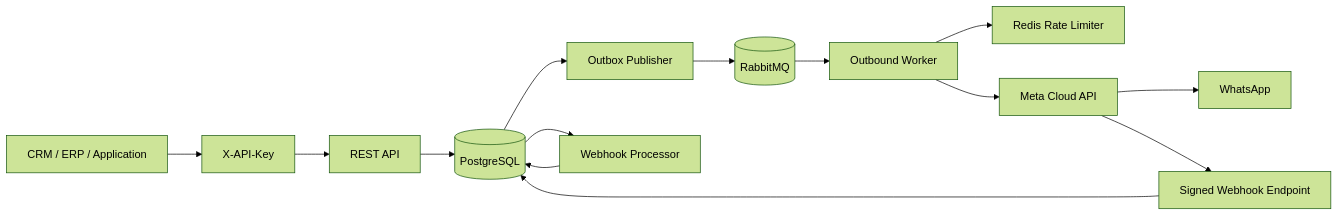
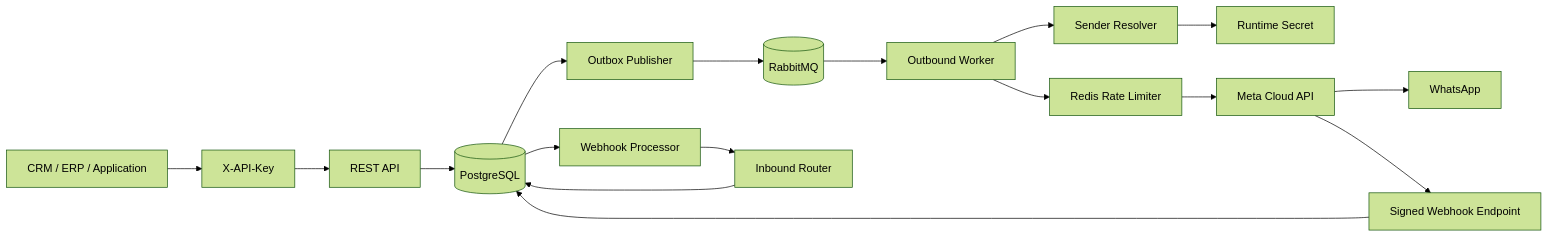
One commit to netctc/apiWhatsApp changed the diagram in README.md. Above: the diagram before and after it, drawn with Mermaid (forest theme). The commit also changed other lines of this file, not shown here.

Commit message:
docs: document multi-tenant senders inbound messages and service windows

````diff
--- a/README.md
+++ b/README.md
@@ -35,16 +37,19 @@
 ```mermaid
 flowchart LR
     Client[CRM / ERP / Application] --> Auth[X-API-Key]
     Auth --> API[REST API]
     API --> DB[(PostgreSQL)]
     DB --> Outbox[Outbox Publisher]
     Outbox --> MQ[(RabbitMQ)]
     MQ --> Worker[Outbound Worker]
+    Worker --> Sender[Sender Resolver]
+    Sender --> Secrets[Runtime Secret]
     Worker --> Rate[Redis Rate Limiter]
-    Worker --> Meta[Meta Cloud API]
+    Rate --> Meta[Meta Cloud API]
     Meta --> WA[WhatsApp]
     Meta --> Webhook[Signed Webhook Endpoint]
     Webhook --> DB
     DB --> Processor[Webhook Processor]
-    Processor --> DB
+    Processor --> Inbound[Inbound Router]
+    Inbound --> DB
 ```
````
